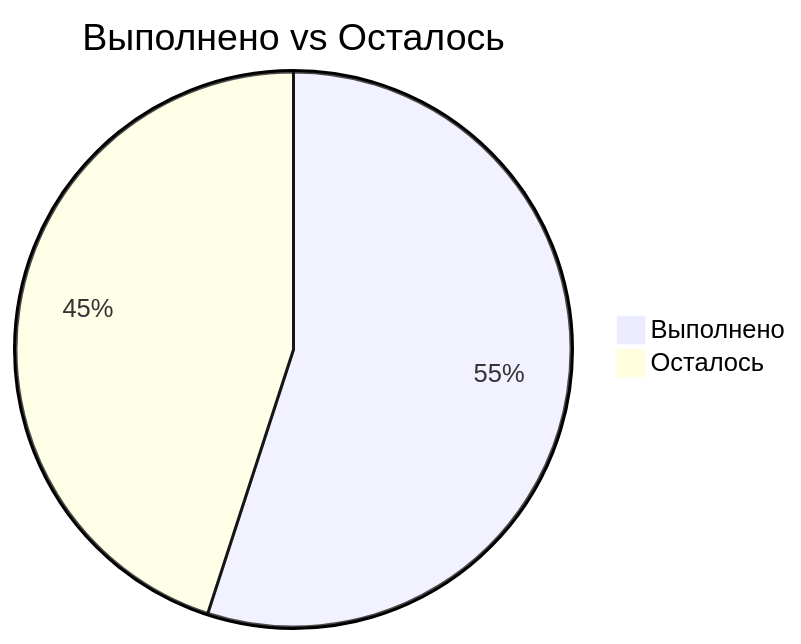
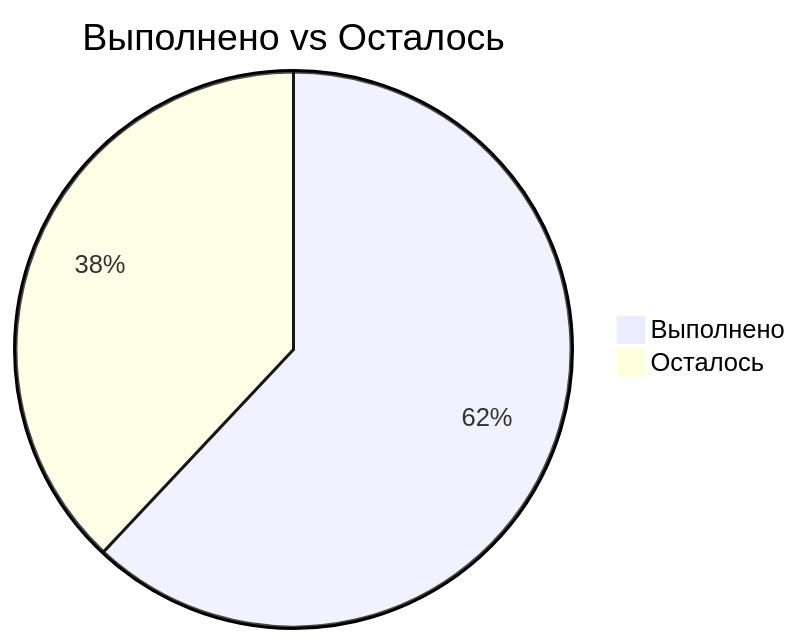
The second of 2 diagrams in docs/project_progress.md (zubkovfpk/hydromet_bulletin), drawn with Mermaid before and after one commit. The commit also changed other lines of this file and 5 other files, not shown here.

````diff
--- a/docs/project_progress.md
+++ b/docs/project_progress.md
@@ -58,6 +59,6 @@
 ```mermaid
 pie
     title Выполнено vs Осталось
-    "Выполнено" : 55
-    "Осталось"  : 45
+    "Выполнено" : 62
+    "Осталось"  : 38
 ```
````
